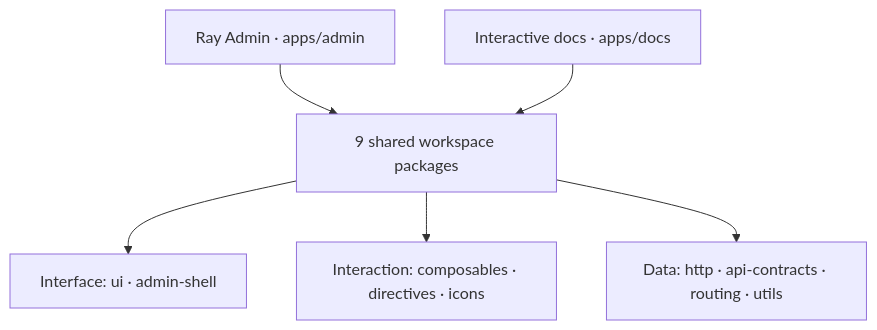
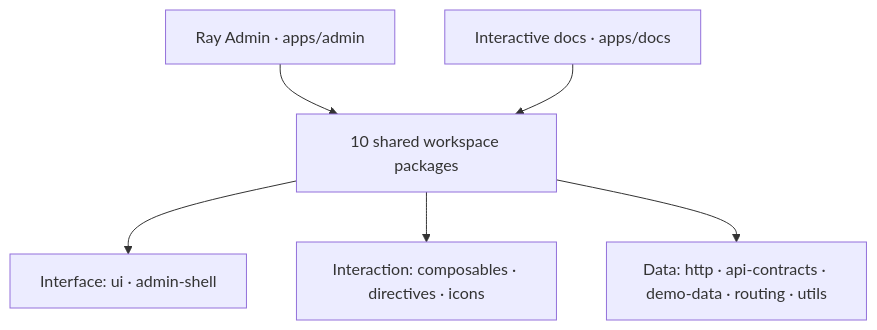
One commit to XiaoDaiGua-Ray/ray-template changed the diagram in README.md. Above: the diagram before and after it, drawn with Mermaid. The commit also changed other lines of this file and 139 other files, not shown here.

````diff
--- a/README.md
+++ b/README.md
@@ -81,14 +81,14 @@
 ```mermaid
 flowchart TB
   Admin["Ray Admin · apps/admin"]
   Docs["Interactive docs · apps/docs"]
-  Shared["9 shared workspace packages"]
+  Shared["10 shared workspace packages"]
   UI["Interface: ui · admin-shell"]
   Interaction["Interaction: composables · directives · icons"]
-  Data["Data: http · api-contracts · routing · utils"]
+  Data["Data: http · api-contracts · demo-data · routing · utils"]
   Admin --> Shared
   Docs --> Shared
   Shared --> UI
   Shared --> Interaction
   Shared --> Data
 ```
````
